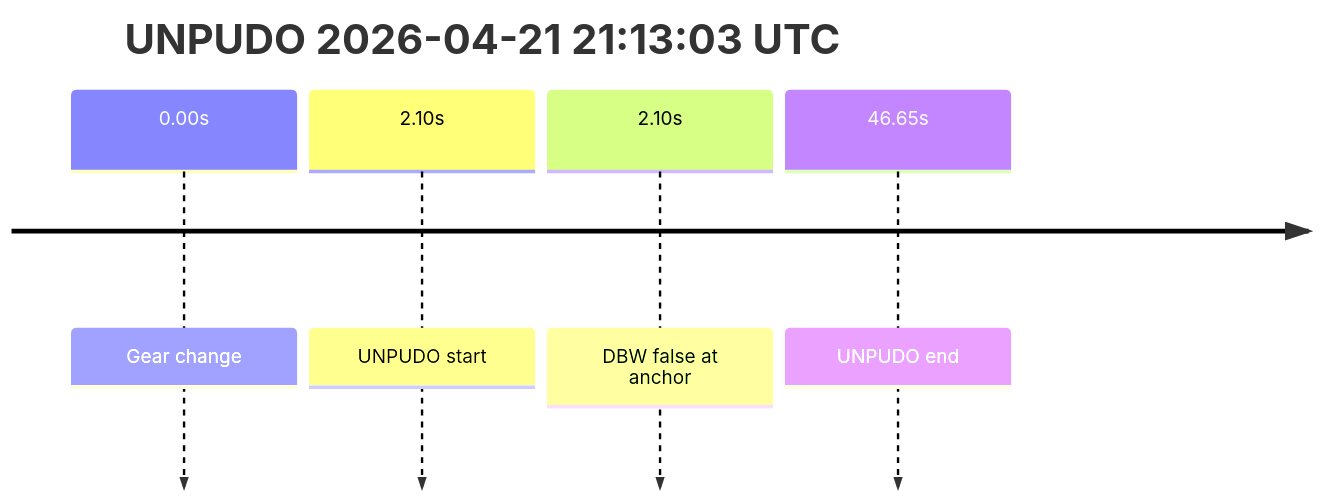
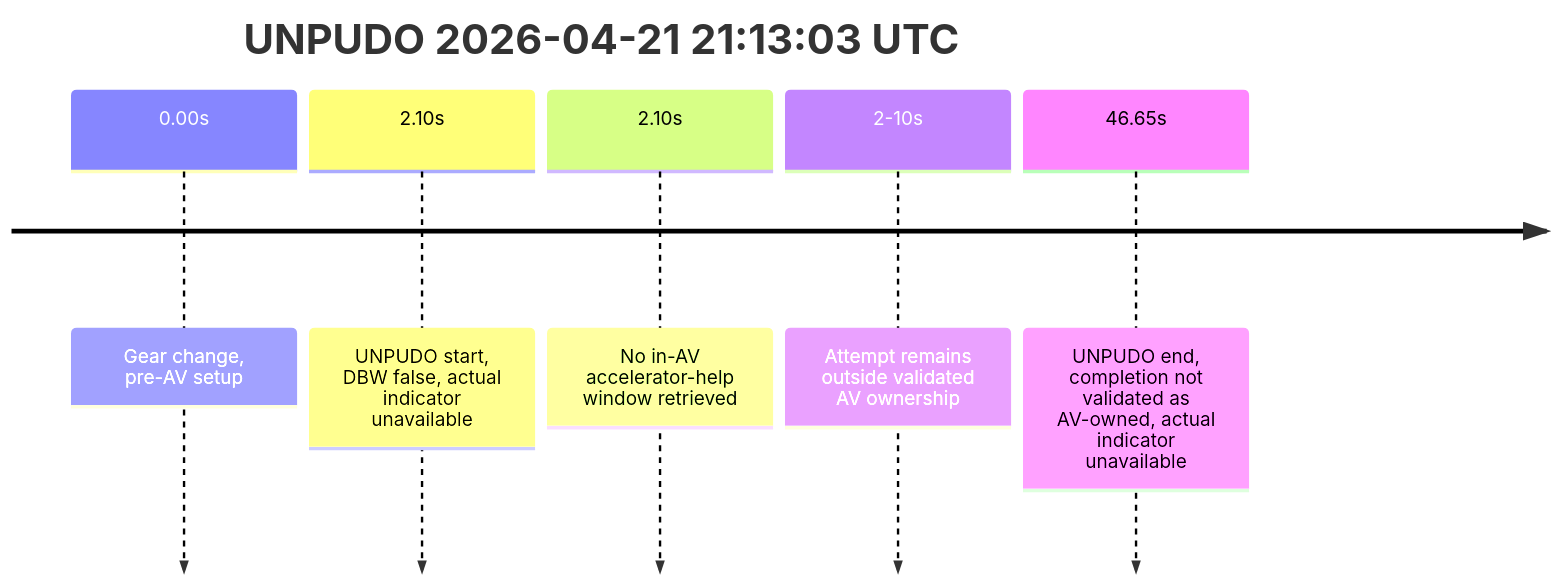
One commit to yoelshapiro/vault changed the first of 2 diagrams in model_analysis/report_cards/2026/04/Week-4/fme20012--2026-04-21--20-09-51--gen2-av-e0b70f5f-cb4d-4f8b-b0d7-af97a8834fb9.md. Above: the diagram before and after it, drawn with Mermaid. The commit also changed other lines of this file and 4 other files, not shown here.

````diff
--- a/model_analysis/report_cards/2026/04/Week-4/fme20012--2026-04-21--20-09-51--gen2-av-e0b70f5f-cb4d-4f8b-b0d7-af97a8834fb9.md
+++ b/model_analysis/report_cards/2026/04/Week-4/fme20012--2026-04-21--20-09-51--gen2-av-e0b70f5f-cb4d-4f8b-b0d7-af97a8834fb9.md
@@ -31,8 +33,9 @@
 ```mermaid
 timeline
     title UNPUDO 2026-04-21 21:13:03 UTC
-    0.00s : Gear change
-    2.10s : UNPUDO start
-    2.10s : DBW false at anchor
-    46.65s : UNPUDO end
+    0.00s : Gear change, pre-AV setup
+    2.10s : UNPUDO start, DBW false, actual indicator unavailable
+    2.10s : No in-AV accelerator-help window retrieved
+    2-10s : Attempt remains outside validated AV ownership
+    46.65s : UNPUDO end, completion not validated as AV-owned, actual indicator unavailable
 ```
````
